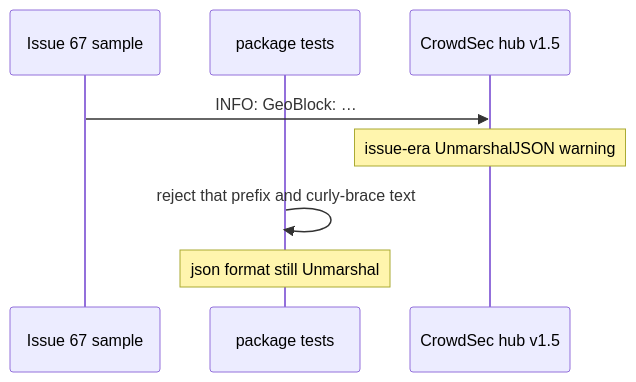
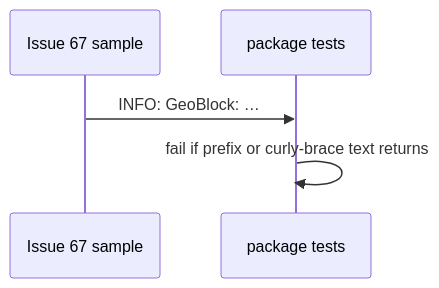
One commit to david-garcia-garcia/traefik-geoblock changed the diagram in devstate/2026/09/2026-09-08-non-json-logs/card.md. Above: the diagram before and after it, drawn with Mermaid. The commit also changed other lines of this file and 16 other files, not shown here.

Commit message:
docs: archive CrowdSec-safe stdout line-shape change

````diff
--- a/devstate/2026/09/2026-09-08-non-json-logs/card.md
+++ b/devstate/2026/09/2026-09-08-non-json-logs/card.md
@@ -22,10 +20,7 @@
 ```mermaid
 sequenceDiagram
   participant Issue as Issue 67 sample
   participant Tests as package tests
-  participant Hub as CrowdSec hub v1.5
-  Issue->>Hub: INFO: GeoBlock: …
-  Note over Hub: issue-era UnmarshalJSON warning
-  Tests->>Tests: reject that prefix and curly-brace text
-  Note over Tests: json format still Unmarshal
+  Issue->>Tests: INFO: GeoBlock: …
+  Tests->>Tests: fail if prefix or curly-brace text returns
 ```
````
